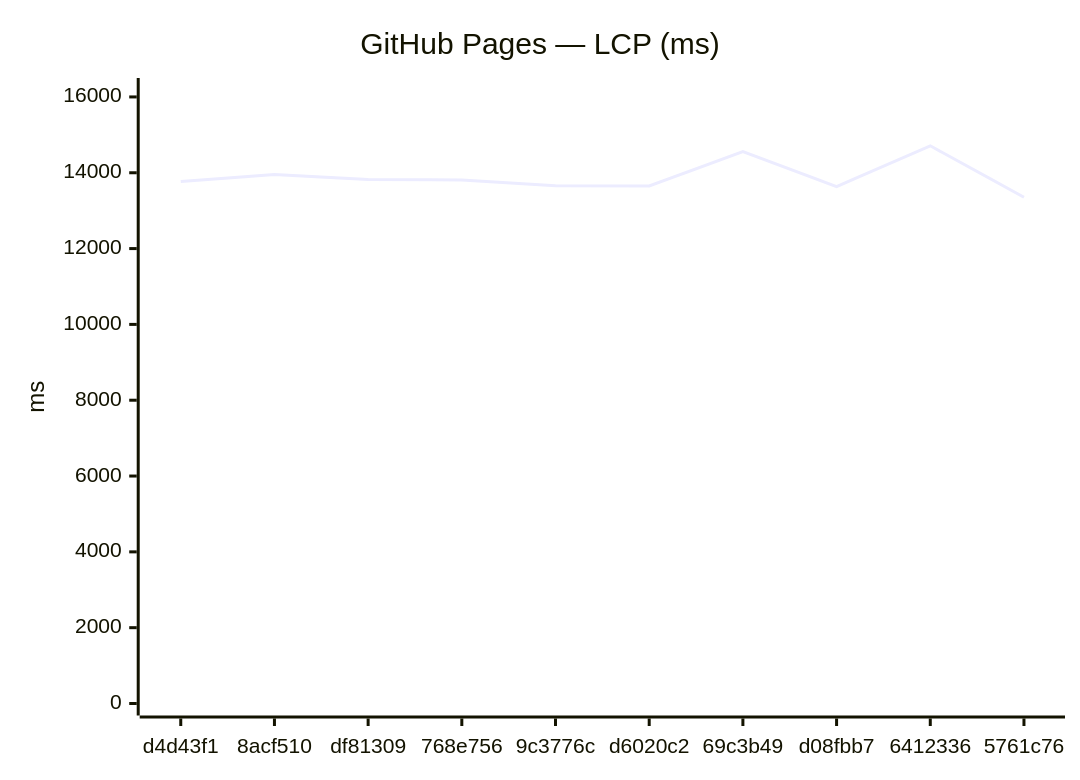
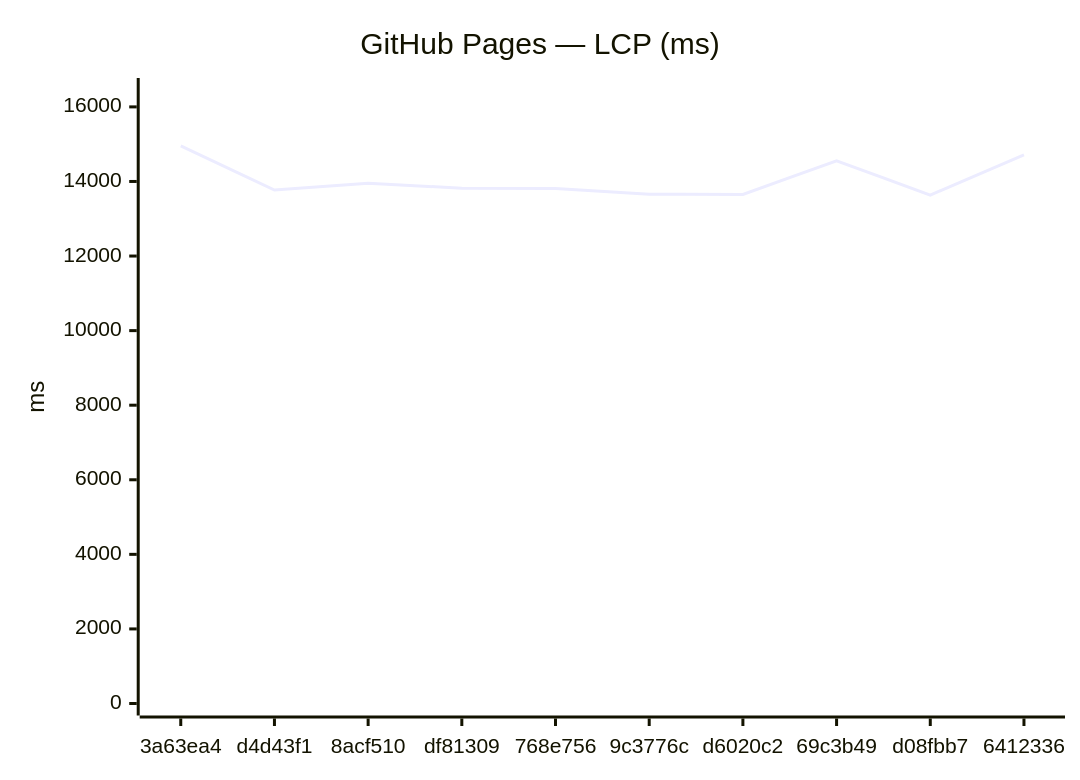
Before and after one commit to Metaheurist/Rianell: the third of 18 diagrams in benchmarks/compare.md, drawn with Mermaid. The commit also changed other lines of this file and 11 other files, not shown here.

````diff
--- a/benchmarks/compare.md
+++ b/benchmarks/compare.md
@@ -54,7 +54,7 @@
 ```mermaid
 xychart-beta
     title "GitHub Pages — LCP (ms)"
-    x-axis ["d4d43f1", "8acf510", "df81309", "768e756", "9c3776c", "d6020c2", "69c3b49", "d08fbb7", "6412336", "5761c76"]
-    y-axis "ms" 0 --> 16183
-    line [13769, 13952, 13820, 13811, 13660, 13653, 14556, 13636, 14711, 13355]
+    x-axis ["3a63ea4", "d4d43f1", "8acf510", "df81309", "768e756", "9c3776c", "d6020c2", "69c3b49", "d08fbb7", "6412336"]
+    y-axis "ms" 0 --> 16453
+    line [14957, 13769, 13952, 13820, 13811, 13660, 13653, 14556, 13636, 14711]
 ```
````
